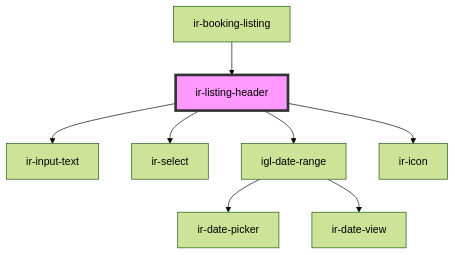
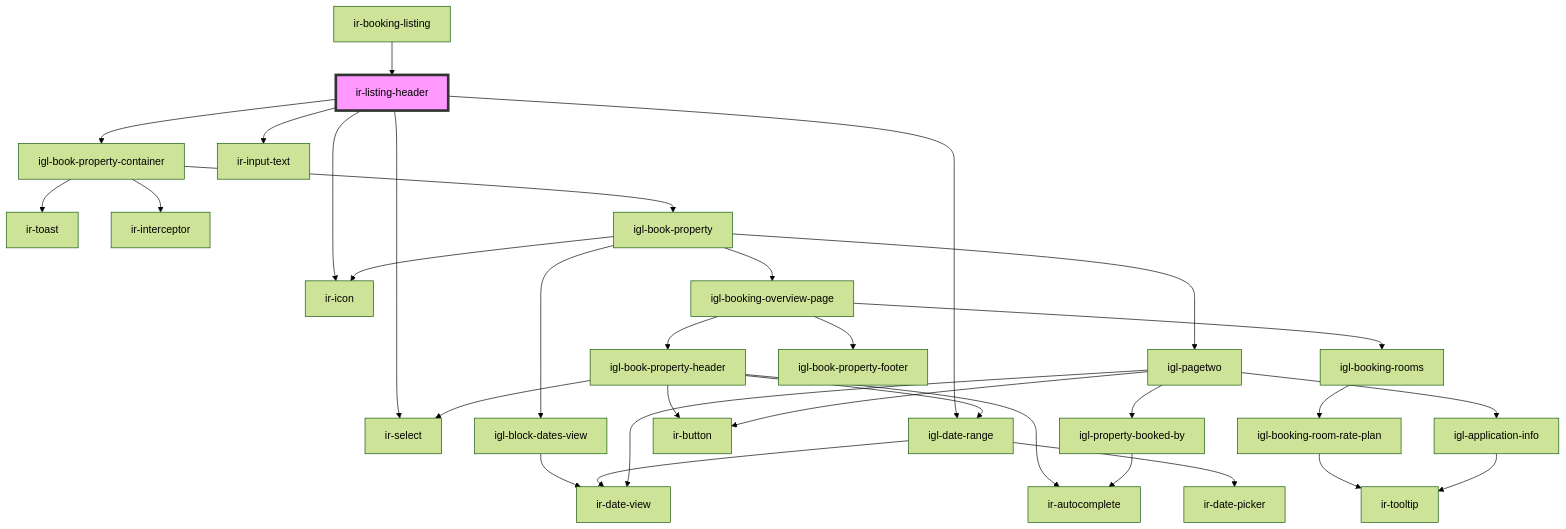
The diagram in src/components/ir-booking-listing/ir-listing-header/readme.md (RonyRizk/ir-webcmp), drawn with Mermaid (forest theme) before and after one commit. The commit also changed other lines of this file and 52 other files, not shown here.

````diff
--- a/src/components/ir-booking-listing/ir-listing-header/readme.md
+++ b/src/components/ir-booking-listing/ir-listing-header/readme.md
@@ -22,11 +32,35 @@
 ```mermaid
 graph TD;
+  ir-listing-header --> igl-book-property-container
   ir-listing-header --> ir-input-text
   ir-listing-header --> ir-select
   ir-listing-header --> igl-date-range
   ir-listing-header --> ir-icon
+  igl-book-property-container --> ir-toast
+  igl-book-property-container --> ir-interceptor
+  igl-book-property-container --> igl-book-property
+  igl-book-property --> igl-block-dates-view
+  igl-book-property --> ir-icon
+  igl-book-property --> igl-booking-overview-page
+  igl-book-property --> igl-pagetwo
+  igl-block-dates-view --> ir-date-view
+  igl-booking-overview-page --> igl-book-property-header
+  igl-booking-overview-page --> igl-booking-rooms
+  igl-booking-overview-page --> igl-book-property-footer
+  igl-book-property-header --> ir-autocomplete
+  igl-book-property-header --> ir-select
+  igl-book-property-header --> ir-button
+  igl-book-property-header --> igl-date-range
   igl-date-range --> ir-date-picker
   igl-date-range --> ir-date-view
+  igl-booking-rooms --> igl-booking-room-rate-plan
+  igl-booking-room-rate-plan --> ir-tooltip
+  igl-pagetwo --> ir-date-view
+  igl-pagetwo --> igl-application-info
+  igl-pagetwo --> igl-property-booked-by
+  igl-pagetwo --> ir-button
+  igl-application-info --> ir-tooltip
+  igl-property-booked-by --> ir-autocomplete
   ir-booking-listing --> ir-listing-header
   style ir-listing-header fill:#f9f,stroke:#333,stroke-width:4px
 ```
````
